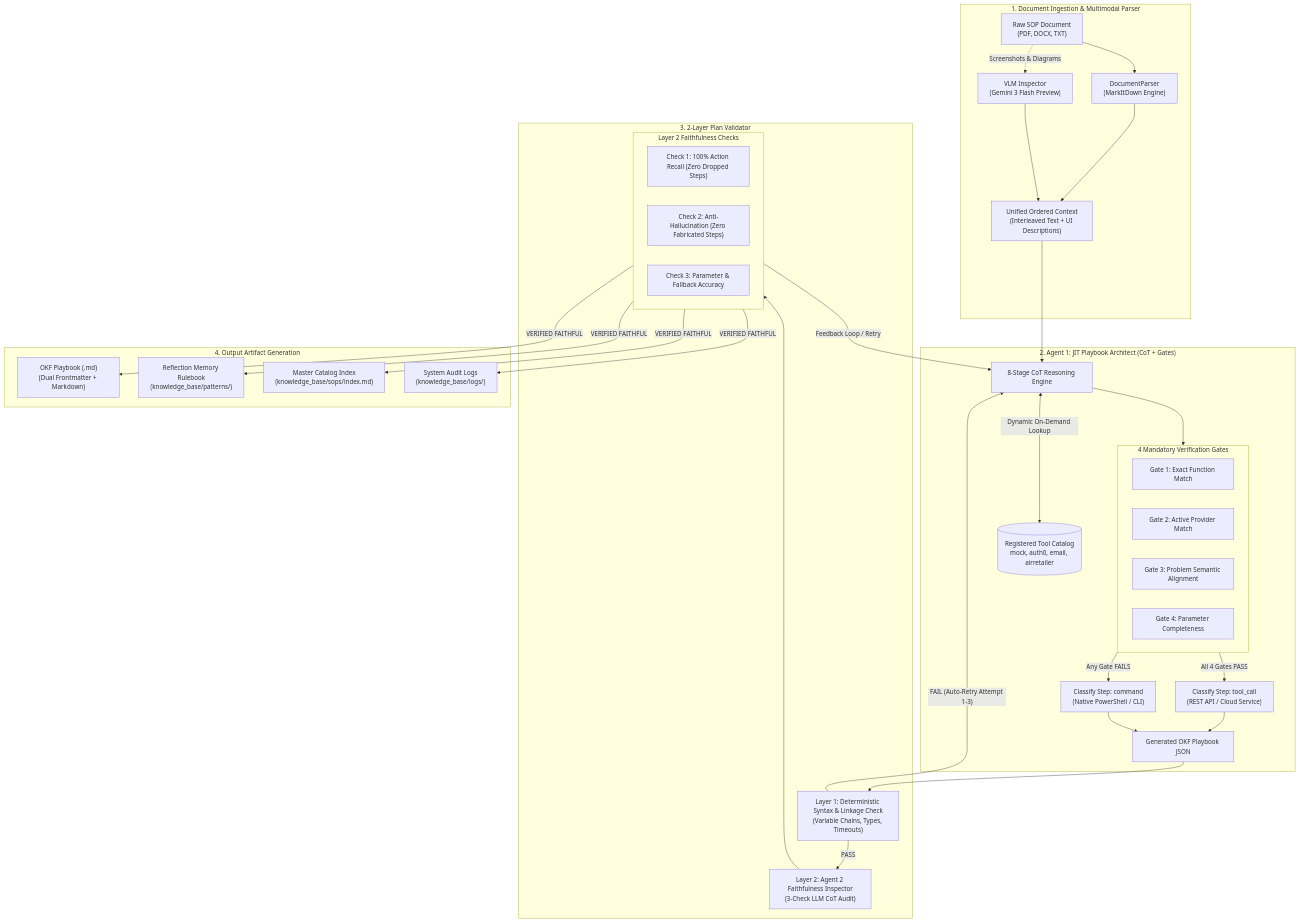
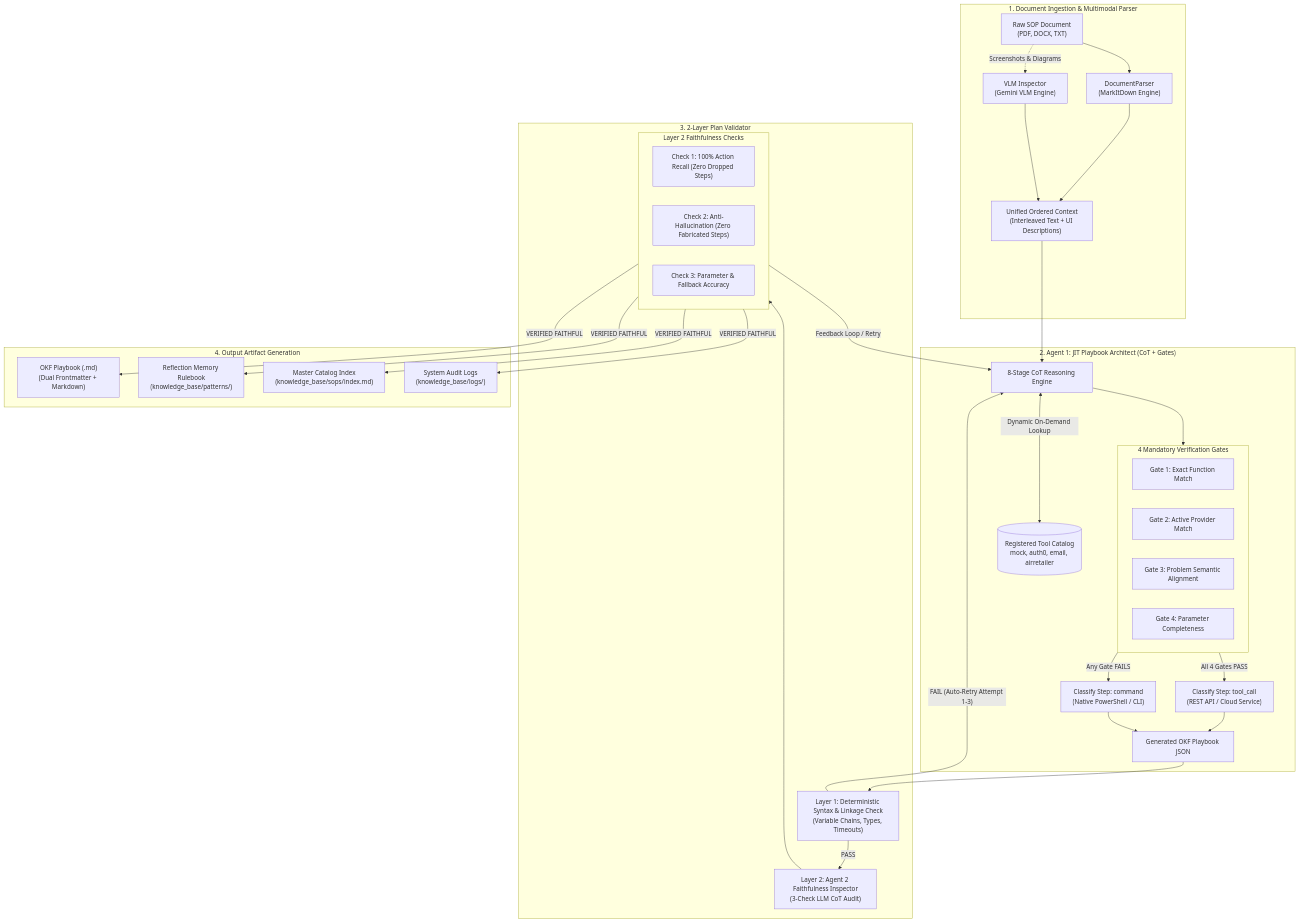
One commit to Cyberpradeep/Elone_Agent changed the diagram in README.md. Above: the diagram before and after it, drawn with Mermaid. The commit also changed other lines of this file and 44 other files, not shown here.

````diff
--- a/README.md
+++ b/README.md
@@ -13,48 +16,48 @@
 ```mermaid
 flowchart TD
     subgraph INGESTION["1. Document Ingestion & Multimodal Parser"]
         A["Raw SOP Document<br/>(PDF, DOCX, TXT)"] --> B["DocumentParser<br/>(MarkItDown Engine)"]
-        A -. "Screenshots & Diagrams" .-> C["VLM Inspector<br/>(Gemini 3 Flash Preview)"]
+        A -. "Screenshots & Diagrams" .-> C["VLM Inspector<br/>(Gemini VLM Engine)"]
         B --> D["Unified Ordered Context<br/>(Interleaved Text + UI Descriptions)"]
         C --> D
     end
 
     subgraph AGENT1["2. Agent 1: JIT Playbook Architect (CoT + Gates)"]
         D --> E["8-Stage CoT Reasoning Engine"]
         E <-->|"Dynamic On-Demand Lookup"| F[("Registered Tool Catalog<br/>mock, auth0, email, airretailer")]
         
         subgraph GATES["4 Mandatory Verification Gates"]
             G1["Gate 1: Exact Function Match"]
             G2["Gate 2: Active Provider Match"]
             G3["Gate 3: Problem Semantic Alignment"]
             G4["Gate 4: Parameter Completeness"]
         end
         
         E --> GATES
         GATES -->|"All 4 Gates PASS"| H1["Classify Step: tool_call<br/>(REST API / Cloud Service)"]
         GATES -->|"Any Gate FAILS"| H2["Classify Step: command<br/>(Native PowerShell / CLI)"]
         H1 --> I["Generated OKF Playbook JSON"]
         H2 --> I
     end
 
     subgraph VALIDATION["3. 2-Layer Plan Validator"]
         I --> L1["Layer 1: Deterministic Syntax & Linkage Check<br/>(Variable Chains, Types, Timeouts)"]
         L1 -->|"PASS"| L2["Layer 2: Agent 2 Faithfulness Inspector<br/>(3-Check LLM CoT Audit)"]
         L1 -->|"FAIL (Auto-Retry Attempt 1-3)"| E
         
         subgraph L2_CHECKS["Layer 2 Faithfulness Checks"]
             C1["Check 1: 100% Action Recall (Zero Dropped Steps)"]
             C2["Check 2: Anti-Hallucination (Zero Fabricated Steps)"]
             C3["Check 3: Parameter & Fallback Accuracy"]
         end
         L2 --> L2_CHECKS
         L2_CHECKS -->|"Feedback Loop / Retry"| E
     end
 
     subgraph ARTIFACTS["4. Output Artifact Generation"]
         L2_CHECKS -->|"VERIFIED FAITHFUL"| O1["OKF Playbook (.md)<br/>(Dual Frontmatter + Markdown)"]
         L2_CHECKS -->|"VERIFIED FAITHFUL"| O2["Reflection Memory Rulebook<br/>(knowledge_base/patterns/)"]
         L2_CHECKS -->|"VERIFIED FAITHFUL"| O3["Master Catalog Index<br/>(knowledge_base/sops/index.md)"]
         L2_CHECKS -->|"VERIFIED FAITHFUL"| O4["System Audit Logs<br/>(knowledge_base/logs/)"]
     end
 ```
````
